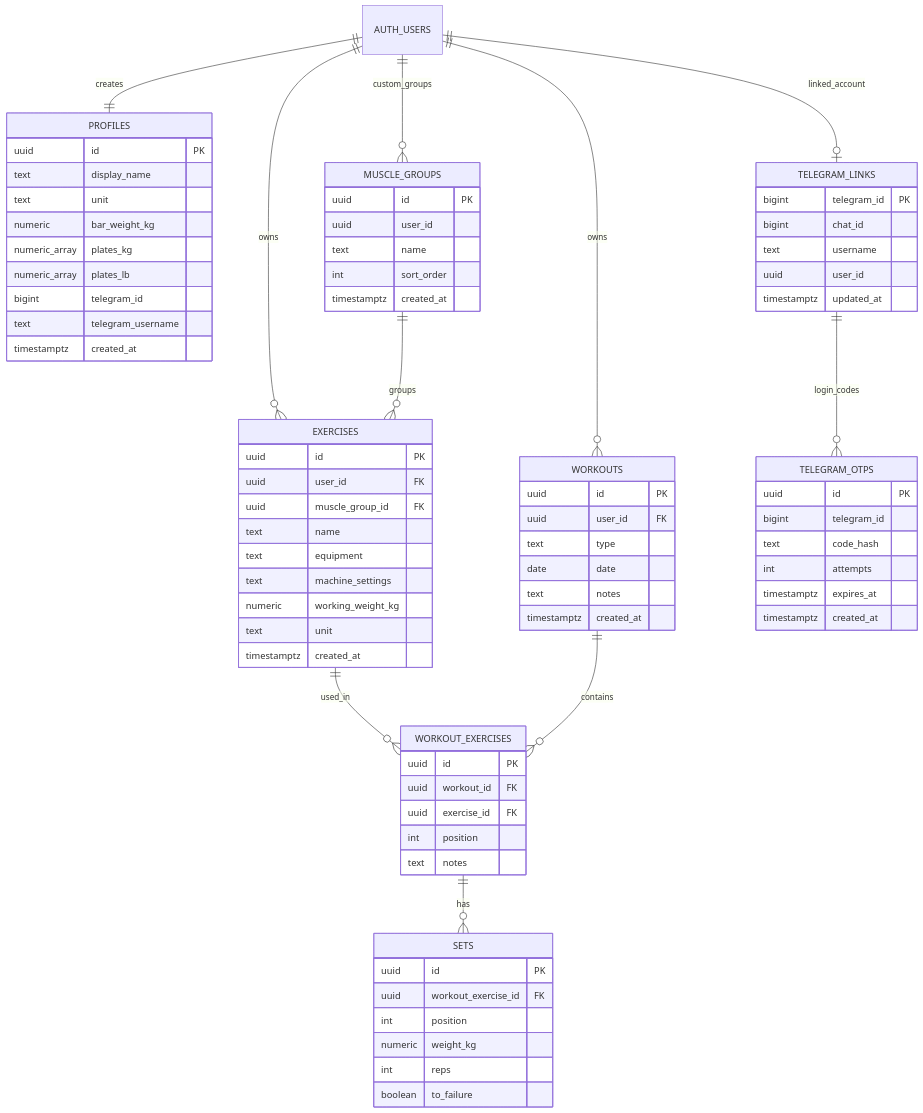
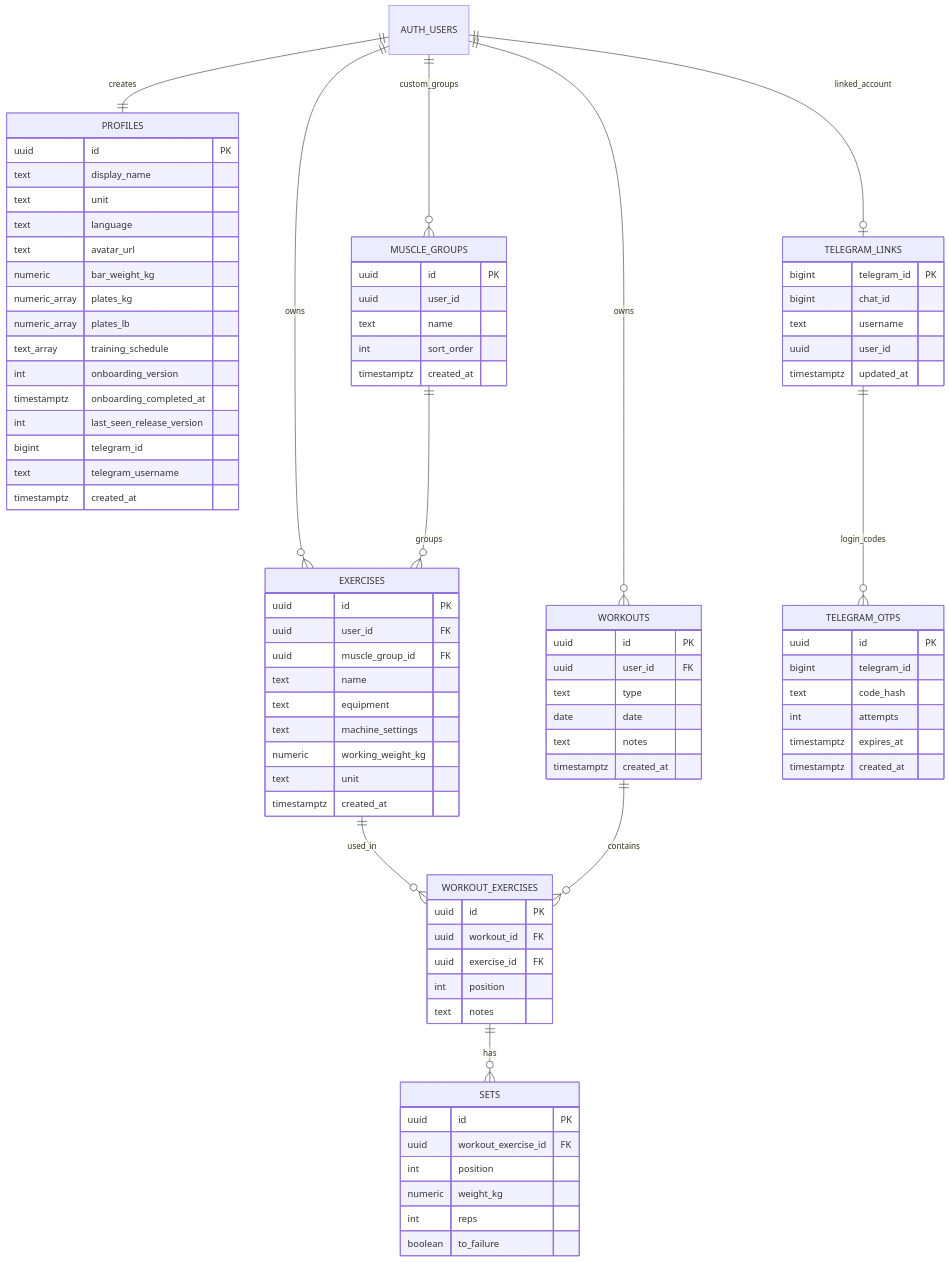
One commit to deepstructured/deep-gym changed the second of 6 diagrams in docs/APP_SCHEMA_RU.md. Above: the diagram before and after it, drawn with Mermaid. The commit also changed other lines of this file and 115 other files, not shown here.

Commit message:
v1.3.0 - Night Reverse design, onboarding & release notes

```diff
--- a/docs/APP_SCHEMA_RU.md
+++ b/docs/APP_SCHEMA_RU.md
@@ -212,9 +221,15 @@
     uuid id PK
     text display_name
     text unit
+    text language
+    text avatar_url
     numeric bar_weight_kg
     numeric_array plates_kg
     numeric_array plates_lb
+    text_array training_schedule
+    int onboarding_version
+    timestamptz onboarding_completed_at
+    int last_seen_release_version
     bigint telegram_id
     text telegram_username
     timestamptz created_at
```
